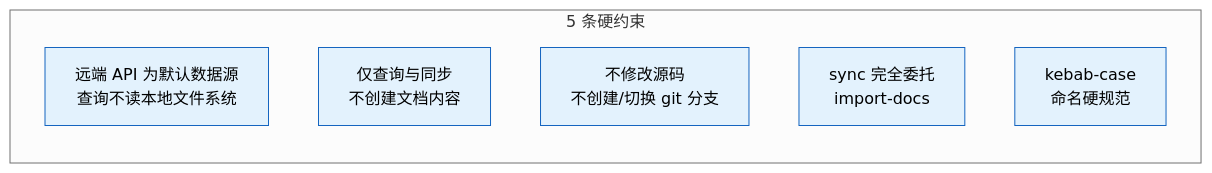
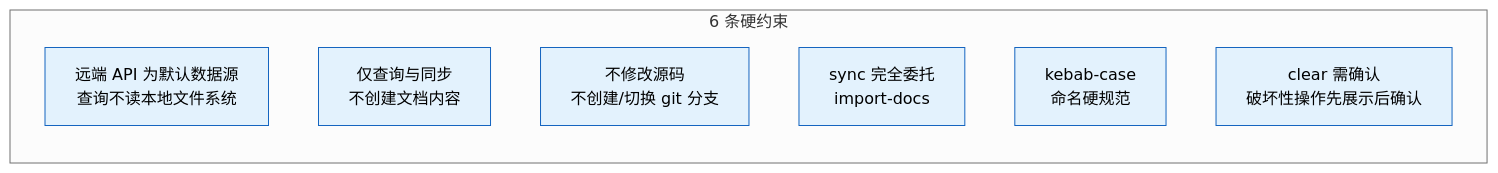
One commit to effiy/YrY changed the tenth of 12 diagrams in skills/rui-story/SKILL.md. Above: the diagram before and after it, drawn with Mermaid (neutral theme). The commit also changed other lines of this file and 28 other files, not shown here.

````diff
--- a/skills/rui-story/SKILL.md
+++ b/skills/rui-story/SKILL.md
@@ -244,12 +306,13 @@
 ```mermaid
 flowchart LR
-    subgraph 规则["5 条硬约束"]
+    subgraph 规则["6 条硬约束"]
         R1["远端 API 为默认数据源<br/>查询不读本地文件系统"]:::rule
         R2["仅查询与同步<br/>不创建文档内容"]:::rule
         R3["不修改源码<br/>不创建/切换 git 分支"]:::rule
         R4["sync 完全委托<br/>import-docs"]:::rule
         R5["kebab-case<br/>命名硬规范"]:::rule
+        R6["clear 需确认<br/>破坏性操作先展示后确认"]:::rule
     end
 
     classDef rule fill:#e3f2fd,stroke:#1565c0;
 ```
````
